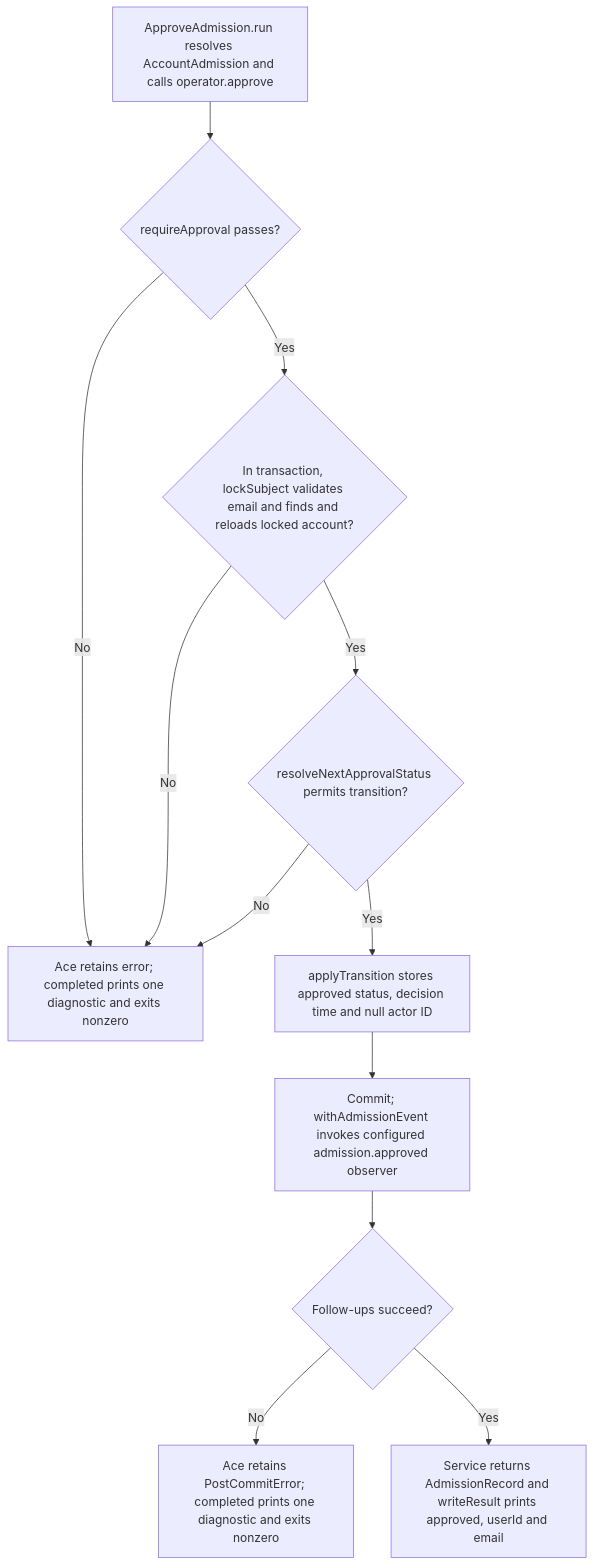
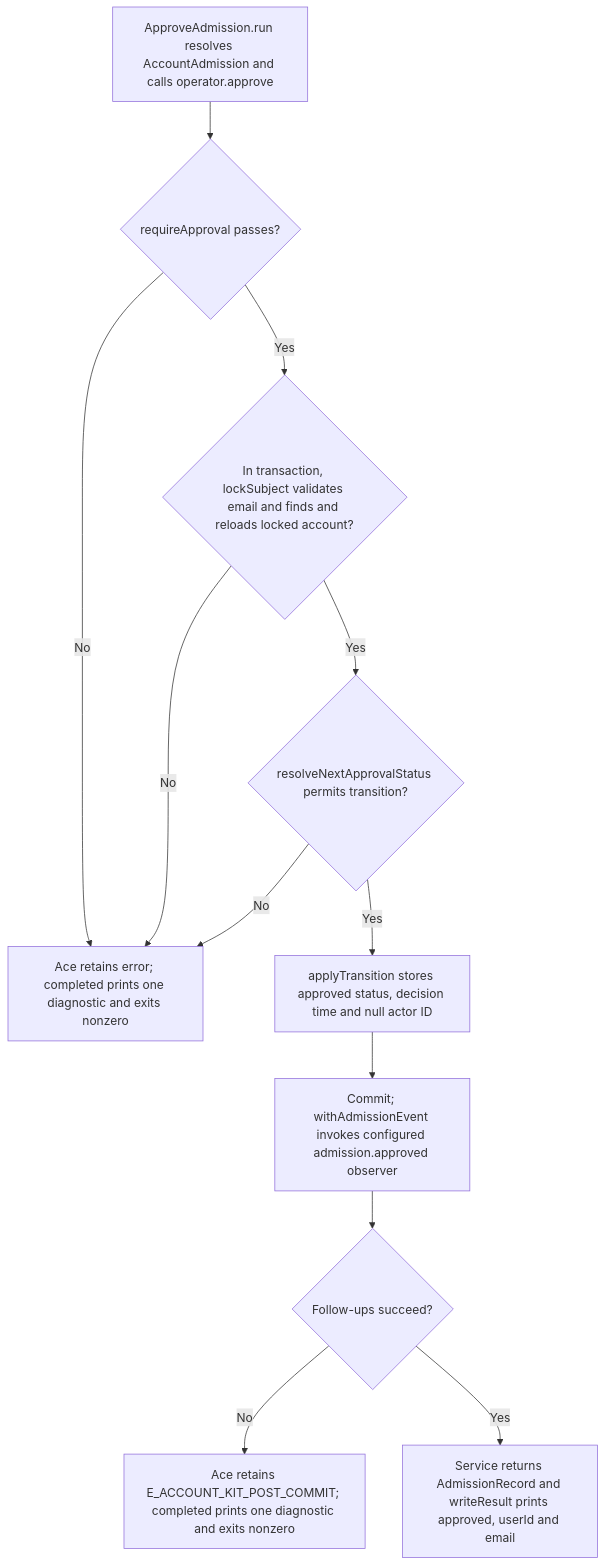
One commit to Kevinjohn/oss-adonisjs-account-kit changed the second of 2 diagrams in user-stories/US-ACCOUNT-49-approve-admission-as-operator.md. Above: the diagram before and after it, drawn with Mermaid. The commit also changed other lines of this file and 362 other files, not shown here.

````diff
--- a/user-stories/US-ACCOUNT-49-approve-admission-as-operator.md
+++ b/user-stories/US-ACCOUNT-49-approve-admission-as-operator.md
@@ -34,14 +34,14 @@
 ```mermaid
 flowchart TD
  A["ApproveAdmission.run resolves AccountAdmission and calls operator.approve"] --> B{"requireApproval passes?"}
  B -->|No| X["Ace retains error; completed prints one diagnostic and exits nonzero"]
  B -->|Yes| C{"In transaction, lockSubject validates email and finds and reloads locked account?"}
  C -->|No| X
  C -->|Yes| D{"resolveNextApprovalStatus permits transition?"}
  D -->|No| X
  D -->|Yes| E["applyTransition stores approved status, decision time and null actor ID"]
  E --> F["Commit; withAdmissionEvent invokes configured admission.approved observer"]
  F --> G{"Follow-ups succeed?"}
- G -->|No| H["Ace retains PostCommitError; completed prints one diagnostic and exits nonzero"]
+ G -->|No| H["Ace retains E_ACCOUNT_KIT_POST_COMMIT; completed prints one diagnostic and exits nonzero"]
  G -->|Yes| I["Service returns AdmissionRecord and writeResult prints approved, userId and email"]
 ```
````
